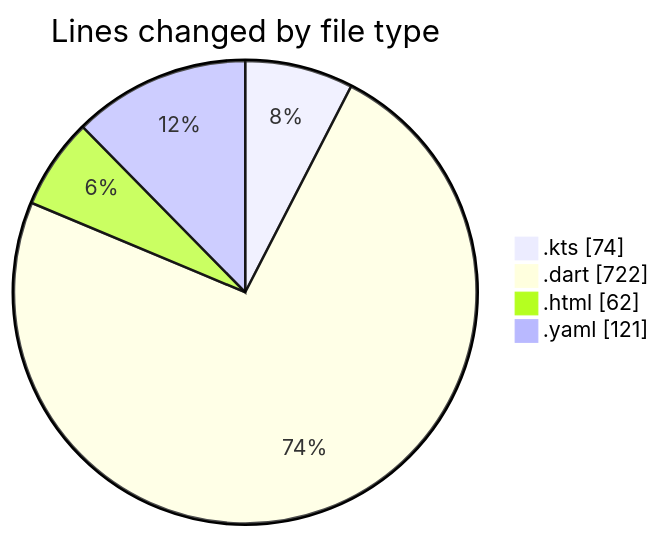
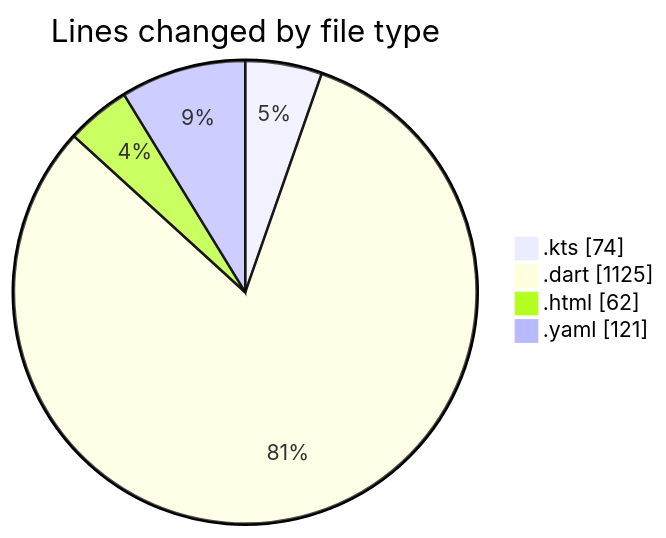
Before and after one commit to lephambinh05/code-tracking: the first of 2 diagrams in 2025-08-03/studybuddy/README.md, drawn with Mermaid. The commit also changed other lines of this file and 1 other file, not shown here.

````diff
--- a/2025-08-03/studybuddy/README.md
+++ b/2025-08-03/studybuddy/README.md
@@ -29,8 +31,8 @@
 ```mermaid
 pie showData
 title Lines changed by file type
 ".kts" : 74
-".dart" : 722
+".dart" : 1125
 ".html" : 62
 ".yaml" : 121
 ```
````
